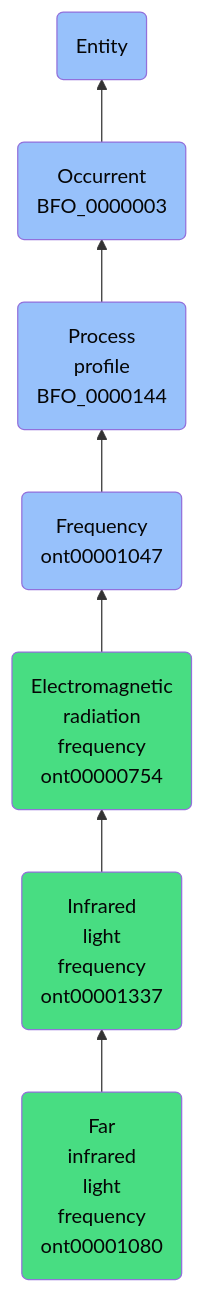
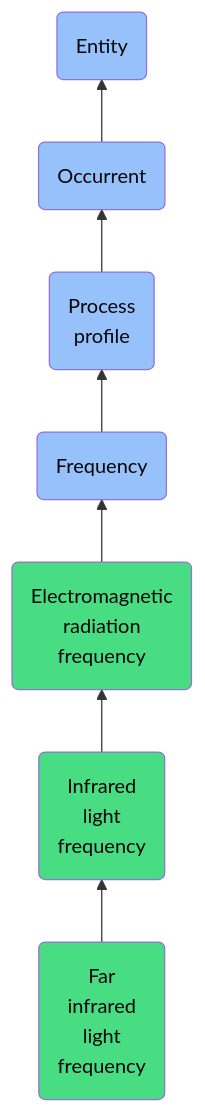
Before and after one commit to jupyter-naas/abi: the diagram in docs/ontology/reference/model/Entity/Occurrent/Process profile/Frequency/Electromagnetic radiation frequency/Infrared light frequency/Far infrared light frequency/Far infrared light frequency.md, drawn with Mermaid. The commit also changed other lines of this file and 1430 other files, not shown here.

````diff
--- a/docs/ontology/reference/model/Entity/Occurrent/Process profile/Frequency/Electromagnetic radiation frequency/Infrared light frequency/Far infrared light frequency/Far infrared light frequency.md
+++ b/docs/ontology/reference/model/Entity/Occurrent/Process profile/Frequency/Electromagnetic radiation frequency/Infrared light frequency/Far infrared light frequency/Far infrared light frequency.md
@@ -24,14 +24,14 @@
 ```mermaid
 graph BT
-    ont00001080(Far<br>infrared<br>light<br>frequency<br>ont00001080):::ABI-->ont00001337
-    ont00001337(Infrared<br>light<br>frequency<br>ont00001337):::ABI-->ont00000754
-    ont00000754(Electromagnetic<br>radiation<br>frequency<br>ont00000754):::ABI-->ont00001047
-    ont00001047(Frequency<br>ont00001047):::BFO-->BFO_0000144
-    BFO_0000144(Process<br>profile<br>BFO_0000144):::BFO-->BFO_0000003
-    BFO_0000003(Occurrent<br>BFO_0000003):::BFO-->BFO_0000001
+    ont00001080(Far<br>infrared<br>light<br>frequency):::ABI-->ont00001337
+    ont00001337(Infrared<br>light<br>frequency):::ABI-->ont00000754
+    ont00000754(Electromagnetic<br>radiation<br>frequency):::ABI-->ont00001047
+    ont00001047(Frequency):::BFO-->BFO_0000144
+    BFO_0000144(Process<br>profile):::BFO-->BFO_0000003
+    BFO_0000003(Occurrent):::BFO-->BFO_0000001
     BFO_0000001(Entity):::BFO
     
     classDef BFO fill:#97c1fb,color:#060606
     classDef CCO fill:#e4c51e,color:#060606
     classDef ABI fill:#48DD82,color:#060606
 ```
````
